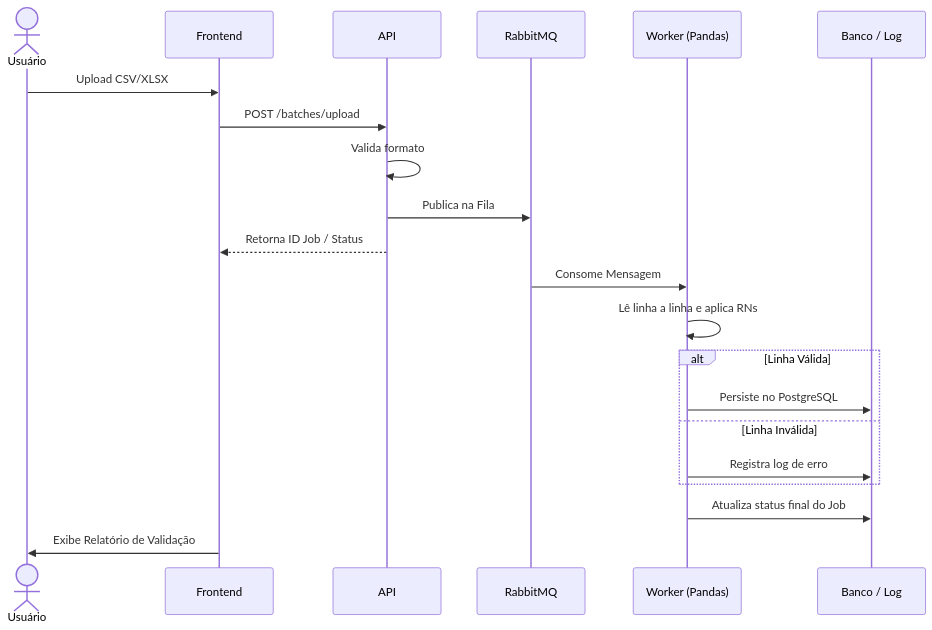
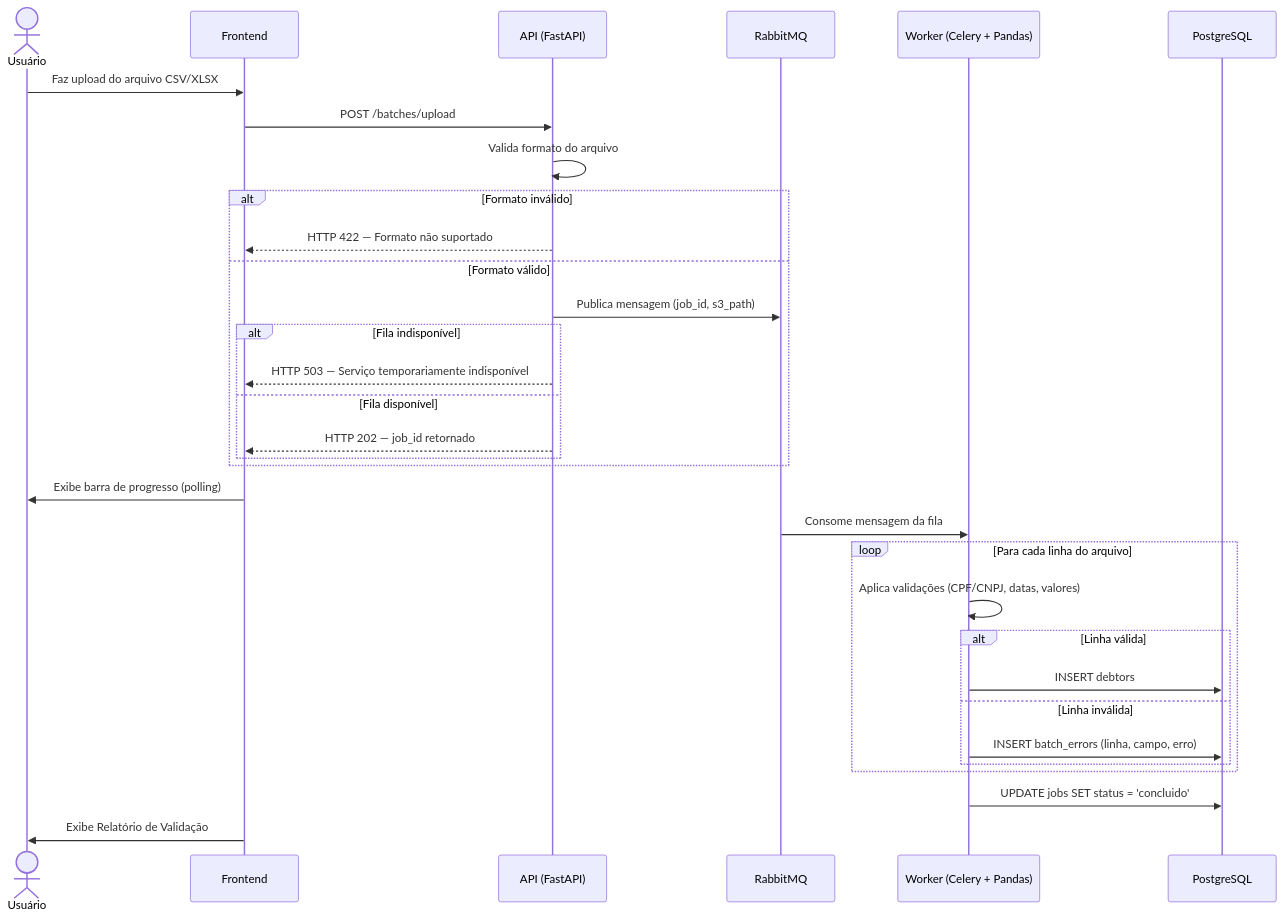
One commit to MarieleV/PlataformaCobranca changed the first of 2 diagrams in docs/documentacao.md. Above: the diagram before and after it, drawn with Mermaid. The commit also changed other lines of this file, not shown here.

````diff
--- a/docs/documentacao.md
+++ b/docs/documentacao.md
@@ -165,24 +290,35 @@
 ```mermaid
 sequenceDiagram
     actor U as Usuário
     participant F as Frontend
-    participant A as API
+    participant A as API (FastAPI)
     participant Q as RabbitMQ
-    participant W as Worker (Pandas)
-    participant DB as Banco / Log
+    participant W as Worker (Celery + Pandas)
+    participant DB as PostgreSQL
 
-    U->>F: Upload CSV/XLSX
+    U->>F: Faz upload do arquivo CSV/XLSX
     F->>A: POST /batches/upload
-    A->>A: Valida formato
-    A->>Q: Publica na Fila
-    A-->>F: Retorna ID Job / Status
-    Q->>W: Consome Mensagem
-    W->>W: Lê linha a linha e aplica RNs
-    alt Linha Válida
-        W->>DB: Persiste no PostgreSQL
-    else Linha Inválida
-        W->>DB: Registra log de erro
+    A->>A: Valida formato do arquivo
+    alt Formato inválido
+        A-->>F: HTTP 422 — Formato não suportado
+    else Formato válido
+        A->>Q: Publica mensagem (job_id, s3_path)
+        alt Fila indisponível
+            A-->>F: HTTP 503 — Serviço temporariamente indisponível
+        else Fila disponível
+            A-->>F: HTTP 202 — job_id retornado
+        end
     end
-    W->>DB: Atualiza status final do Job
+    F->>U: Exibe barra de progresso (polling)
+    Q->>W: Consome mensagem da fila
+    loop Para cada linha do arquivo
+        W->>W: Aplica validações (CPF/CNPJ, datas, valores)
+        alt Linha válida
+            W->>DB: INSERT debtors
+        else Linha inválida
+            W->>DB: INSERT batch_errors (linha, campo, erro)
+        end
+    end
+    W->>DB: UPDATE jobs SET status = 'concluido'
     F->>U: Exibe Relatório de Validação
 ```
````
